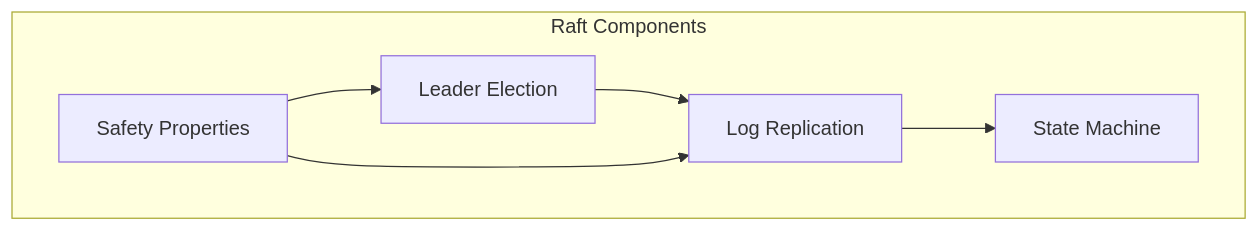
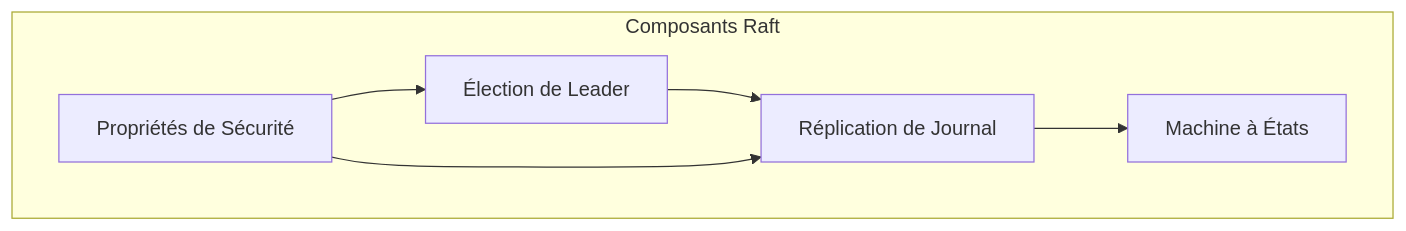
One commit to dardourimohamed/distributed-systems-course changed the ninth of 9 diagrams in src/consensus/11-what-is-consensus.md. Above: the diagram before and after it, drawn with Mermaid. The commit also changed other lines of this file and 38 other files, not shown here.

````diff
--- a/src/consensus/11-what-is-consensus.md
+++ b/src/consensus/11-what-is-consensus.md
@@ -301,14 +305,14 @@
 ```mermaid
 graph TB
-    subgraph "Raft Components"
-        LE[Leader Election]
-        LR[Log Replication]
-        SM[State Machine]
-        Safety[Safety Properties]
+    subgraph "Composants Raft"
+        LE[Élection de Leader]
+        LR[Réplication de Journal]
+        SM[Machine à États]
+        Safety[Propriétés de Sécurité]
 
         LE --> LR
         LR --> SM
         Safety --> LE
         Safety --> LR
     end
 ```
````
